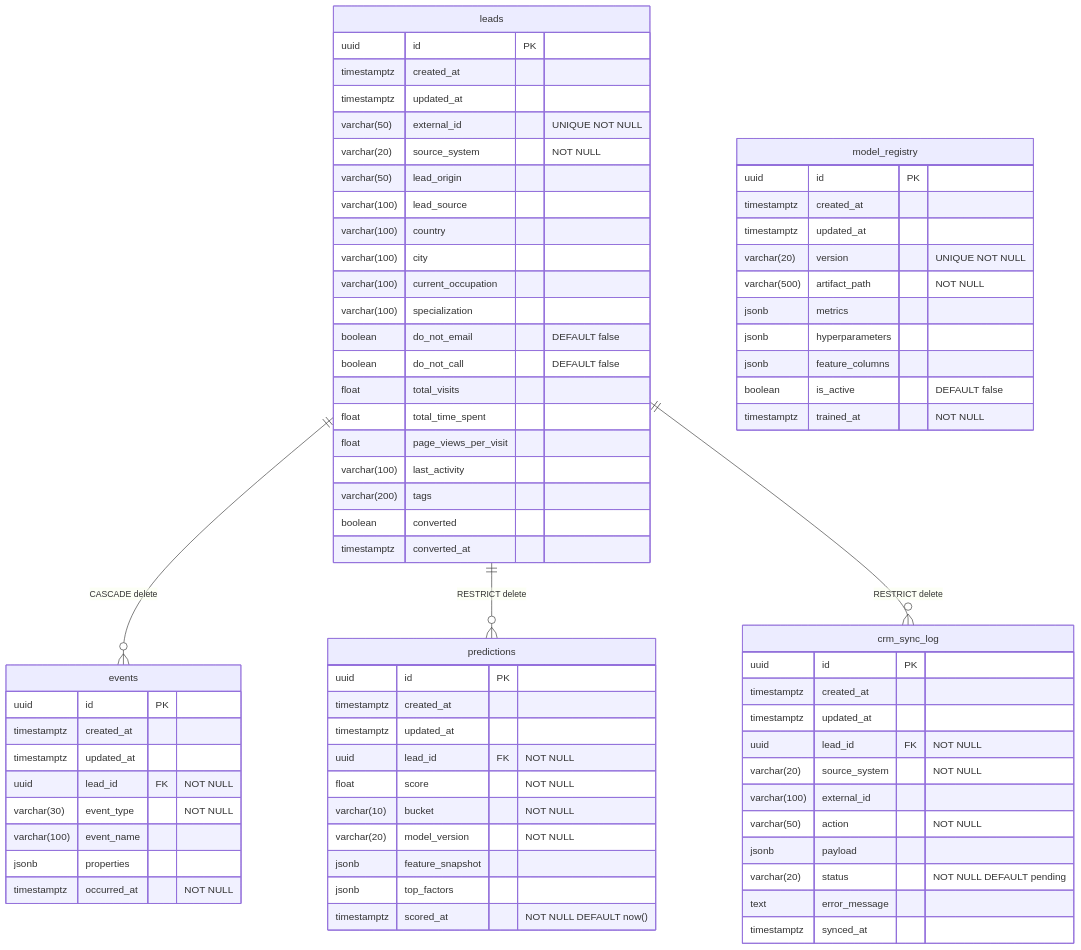
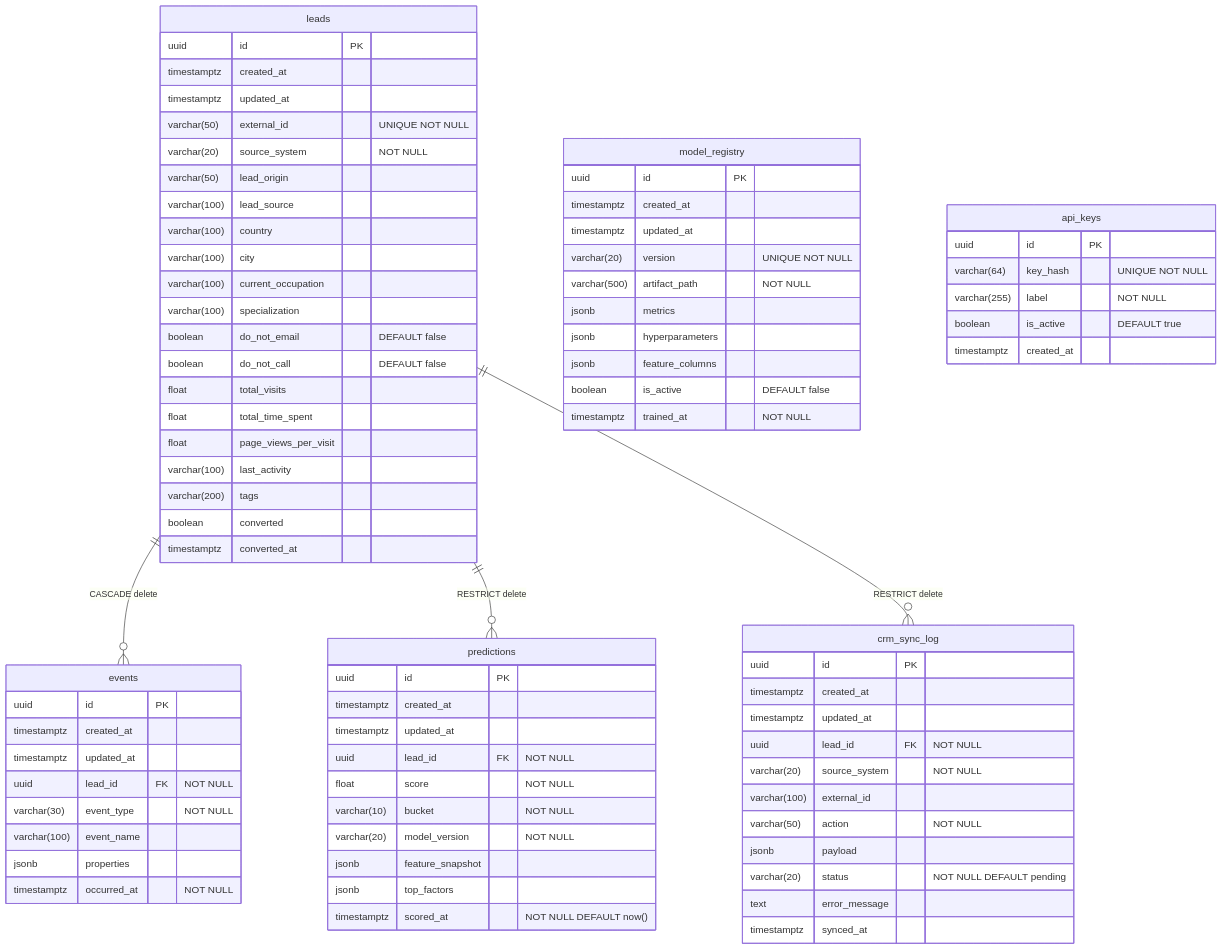
Before and after one commit to asong65535/lead-scoring: the diagram in docs/database.md, drawn with Mermaid. The commit also changed other lines of this file and 5 other files, not shown here.

```diff
--- a/docs/database.md
+++ b/docs/database.md
@@ -82,6 +82,14 @@
         timestamptz synced_at
     }
 
+    api_keys {
+        uuid id PK
+        varchar(64) key_hash "UNIQUE NOT NULL"
+        varchar(255) label "NOT NULL"
+        boolean is_active "DEFAULT true"
+        timestamptz created_at
+    }
+
     leads ||--o{ events : "CASCADE delete"
     leads ||--o{ predictions : "RESTRICT delete"
     leads ||--o{ crm_sync_log : "RESTRICT delete"
```
